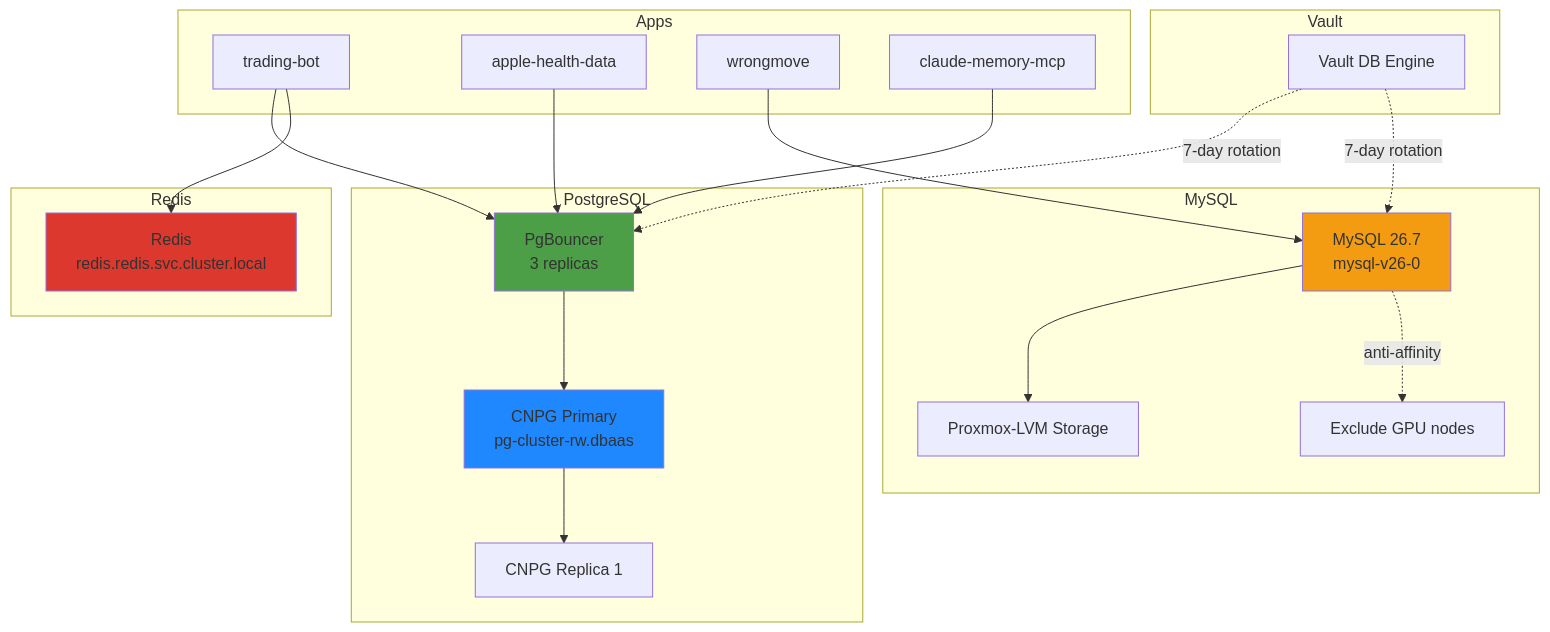
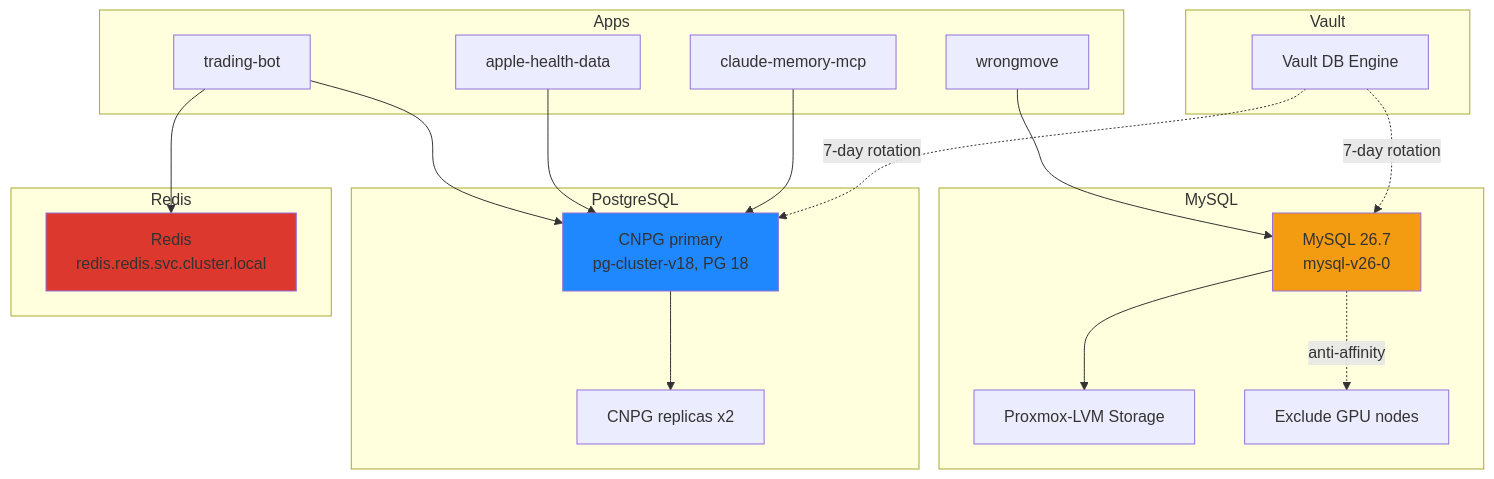
The diagram in docs/architecture/databases.md (ViktorBarzin/infra), drawn with Mermaid before and after one commit. The commit also changed other lines of this file, not shown here.

First line of the commit message:
docs: databases.md matches the live Postgres (no app PgBouncer, PG 18)

````diff
--- a/docs/architecture/databases.md
+++ b/docs/architecture/databases.md
@@ -9,38 +9,36 @@
 ```mermaid
 graph TB
     subgraph Apps
         A1[trading-bot]
         A2[apple-health-data]
         A3[wrongmove]
         A4[claude-memory-mcp]
     end
 
     subgraph PostgreSQL
-        A1 --> PGB[PgBouncer<br/>3 replicas]
-        A2 --> PGB
-        A4 --> PGB
-        PGB --> CNPG_RW[CNPG Primary<br/>pg-cluster-rw.dbaas]
-        CNPG_RW --> CNPG_R1[CNPG Replica 1]
+        A1 --> CNPG_RW[CNPG primary<br/>pg-cluster-v18, PG 18]
+        A2 --> CNPG_RW
+        A4 --> CNPG_RW
+        CNPG_RW --> CNPG_R1[CNPG replicas x2]
     end
 
     subgraph MySQL
         A3 --> MYC[MySQL 26.7<br/>mysql-v26-0]
         MYC --> LVM1[Proxmox-LVM Storage]
         MYC -.anti-affinity.-> NODE1[Exclude GPU nodes]
     end
 
     subgraph Redis
         A1 --> RED[Redis<br/>redis.redis.svc.cluster.local]
     end
 
     subgraph Vault
         V[Vault DB Engine]
-        V -.7-day rotation.-> PGB
+        V -.7-day rotation.-> CNPG_RW
         V -.7-day rotation.-> MYC
     end
 
     style CNPG_RW fill:#2088ff
-    style PGB fill:#4c9e47
     style MYC fill:#f39c12
     style RED fill:#dc382d
 ```
````
